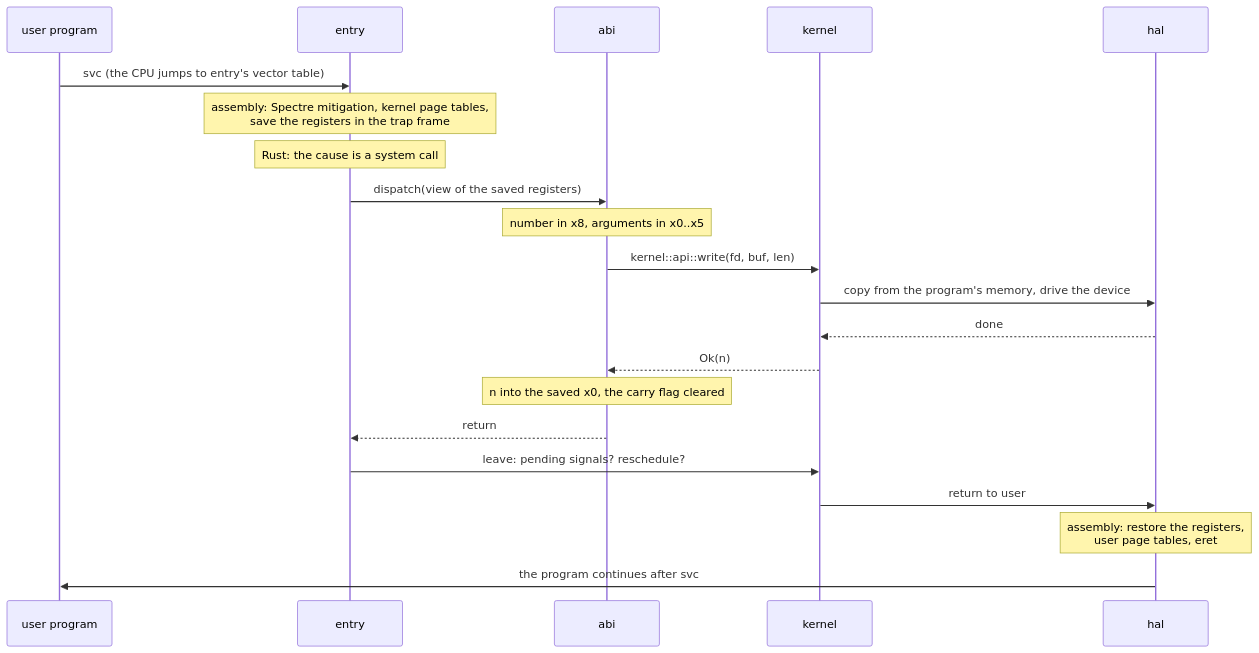
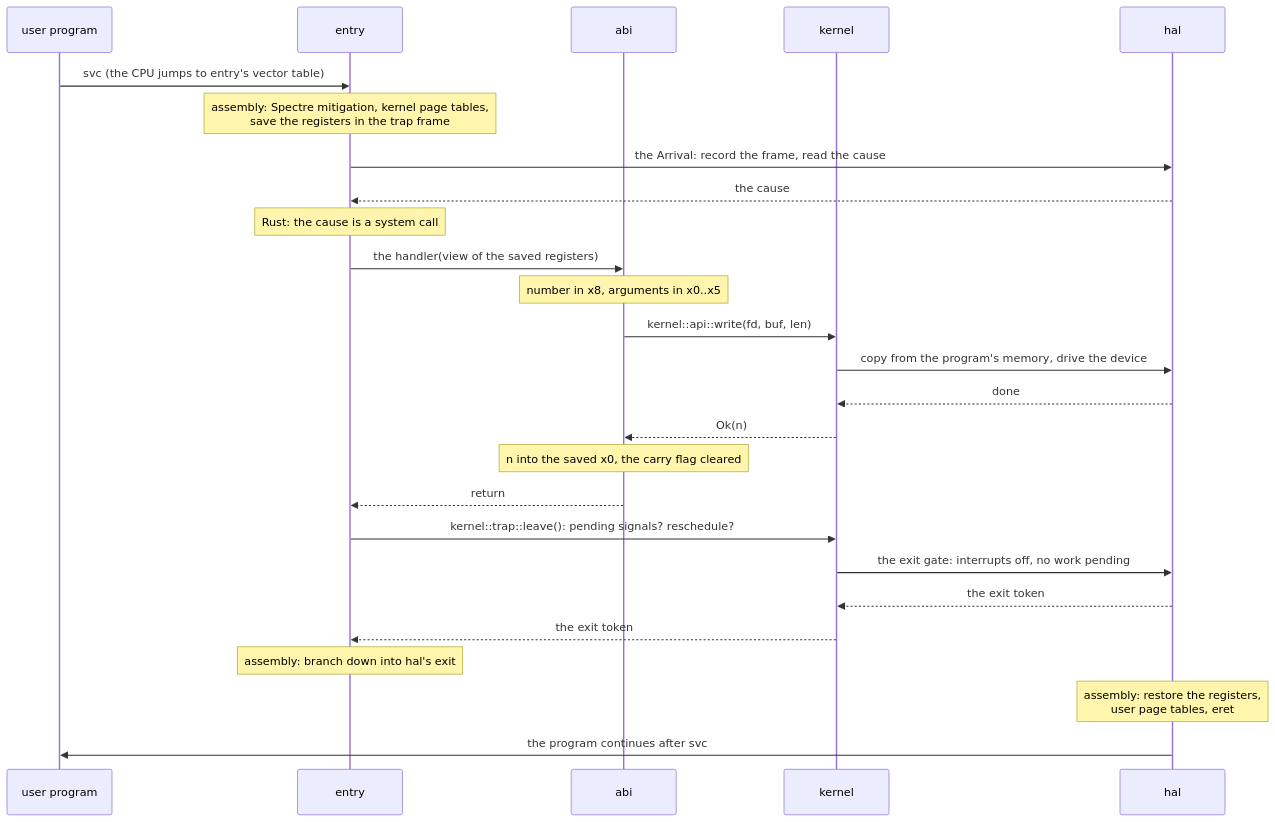
One commit to EmiBSD/Kernel changed the fourth of 5 diagrams in docs/ENTRY.md. Above: the diagram before and after it, drawn with Mermaid. The commit also changed other lines of this file and 1 other file, not shown here.

````diff
--- a/docs/ENTRY.md
+++ b/docs/ENTRY.md
@@ -151,23 +177,28 @@
 ```mermaid
 sequenceDiagram
     participant P as user program
     participant E as entry
     participant A as abi
     participant K as kernel
     participant H as hal
     P->>E: svc (the CPU jumps to entry's vector table)
     Note over E: assembly: Spectre mitigation, kernel page tables,<br/>save the registers in the trap frame
+    E->>H: the Arrival: record the frame, read the cause
+    H-->>E: the cause
     Note over E: Rust: the cause is a system call
-    E->>A: dispatch(view of the saved registers)
+    E->>A: the handler(view of the saved registers)
     Note over A: number in x8, arguments in x0..x5
     A->>K: kernel::api::write(fd, buf, len)
     K->>H: copy from the program's memory, drive the device
     H-->>K: done
     K-->>A: Ok(n)
     Note over A: n into the saved x0, the carry flag cleared
     A-->>E: return
-    E->>K: leave: pending signals? reschedule?
-    K->>H: return to user
+    E->>K: kernel::trap::leave(): pending signals? reschedule?
+    K->>H: the exit gate: interrupts off, no work pending
+    H-->>K: the exit token
+    K-->>E: the exit token
+    Note over E: assembly: branch down into hal's exit
     Note over H: assembly: restore the registers,<br/>user page tables, eret
     H->>P: the program continues after svc
 ```
````
